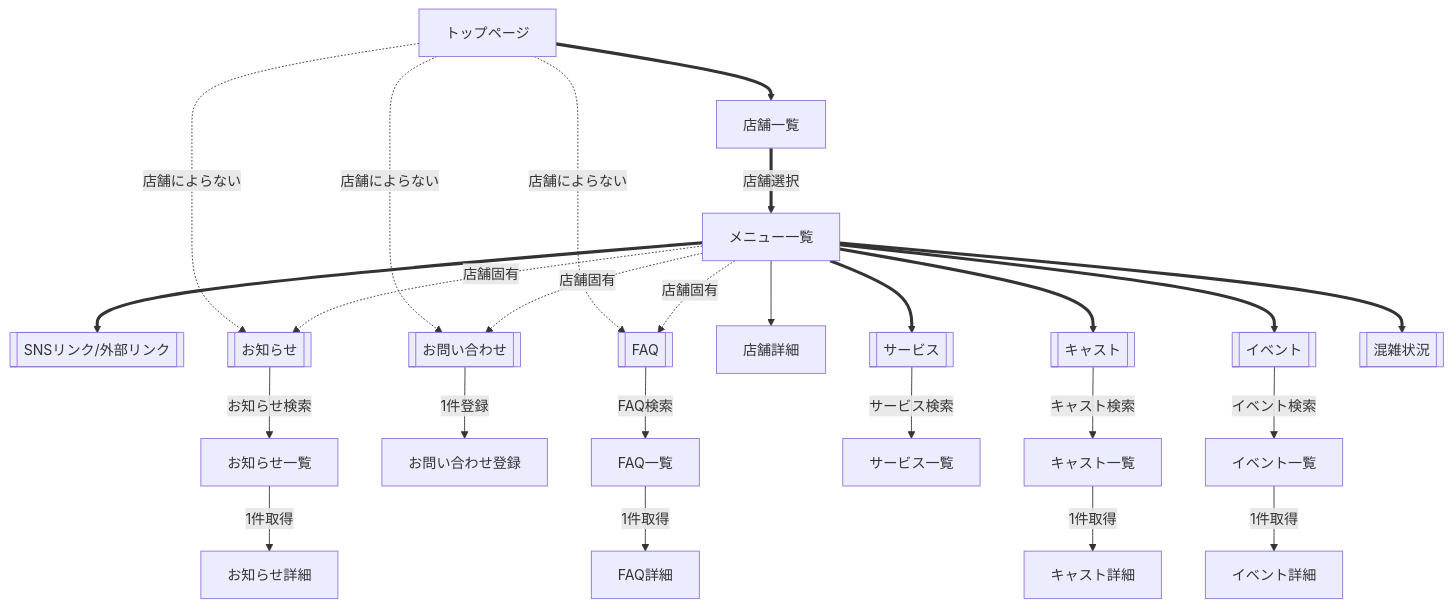
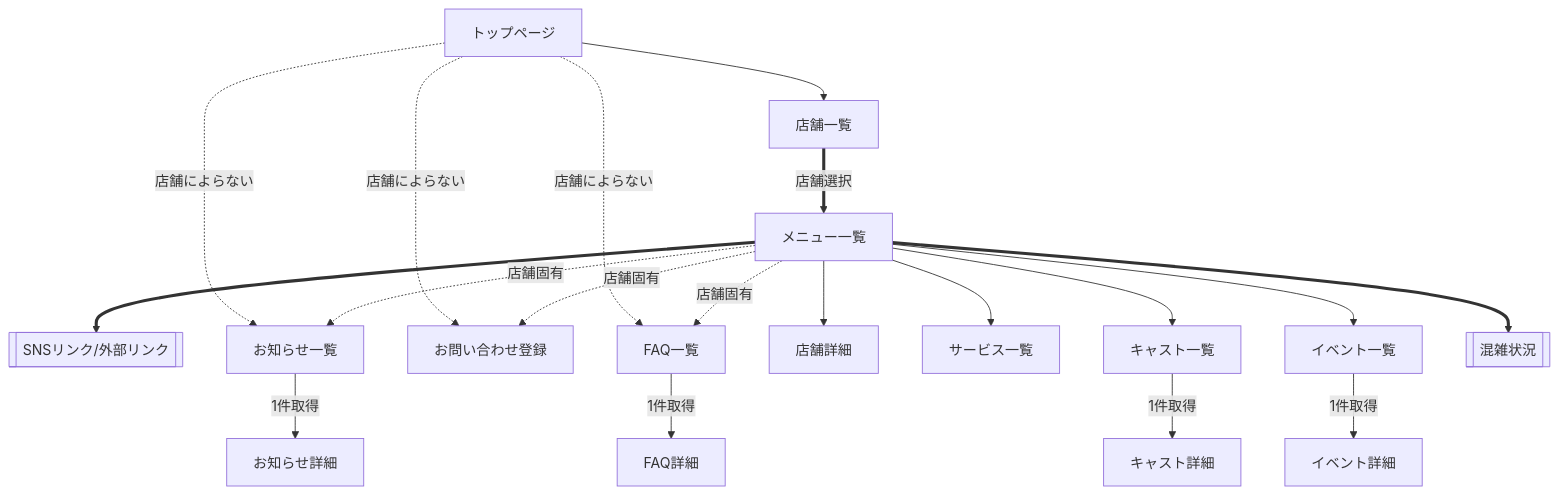
The first of 2 diagrams in document/02. 基本設計/2.screen_transition_diagram.md (mabubu0203/catcafe), drawn with Mermaid before and after one commit. The commit also changed other lines of this file and 4 other files, not shown here.

````diff
--- a/document/02. 基本設計/2.screen_transition_diagram.md
+++ b/document/02. 基本設計/2.screen_transition_diagram.md
@@ -29,28 +32,22 @@
 ```mermaid
 graph TD
   TOP[トップページ]
-  TOP ==> D1[店舗一覧]
-  TOP -. 店舗によらない .-> C[[お知らせ]]
-  TOP -. 店舗によらない .-> E[[お問い合わせ]]
-  TOP -. 店舗によらない .-> F[[FAQ]]
+  TOP --> D1[店舗一覧]
+  TOP -. 店舗によらない .-> C1[お知らせ一覧]
+  TOP -. 店舗によらない .-> E3[お問い合わせ登録]
+  TOP -. 店舗によらない .-> F1[FAQ一覧]
   D1 == 店舗選択 ==> G1[メニュー一覧]
-  G1 -. 店舗固有 .-> C
-  G1 -. 店舗固有 .-> E
-  G1 -. 店舗固有 .-> F
+  G1 -. 店舗固有 .-> C1
+  G1 -. 店舗固有 .-> E3
+  G1 -. 店舗固有 .-> F1
   G1 --> D2[店舗詳細]
-  G1 ==> I[[サービス]]
-  G1 ==> J[[キャスト]]
-  G1 ==> M[[イベント]]
+  G1 --> I1[サービス一覧]
+  G1 --> J1[キャスト一覧]
+  G1 --> M1[イベント一覧]
   G1 ==> N[[混雑状況]]
   G1 ==> 0[[SNSリンク/外部リンク]]
-  C -- お知らせ検索 --> C1[お知らせ一覧]
   C1 -- 1件取得 --> C2[お知らせ詳細]
-  E -- 1件登録 --> E3[お問い合わせ登録]
-  F -- FAQ検索 --> F1[FAQ一覧]
   F1 -- 1件取得 --> F2[FAQ詳細]
-  I -- サービス検索 --> I1[サービス一覧]
-  J -- キャスト検索 --> J1[キャスト一覧]
   J1 -- 1件取得 --> J2[キャスト詳細]
-  M -- イベント検索 --> M1[イベント一覧]
   M1 -- 1件取得 --> M2[イベント詳細]
 ```
````
